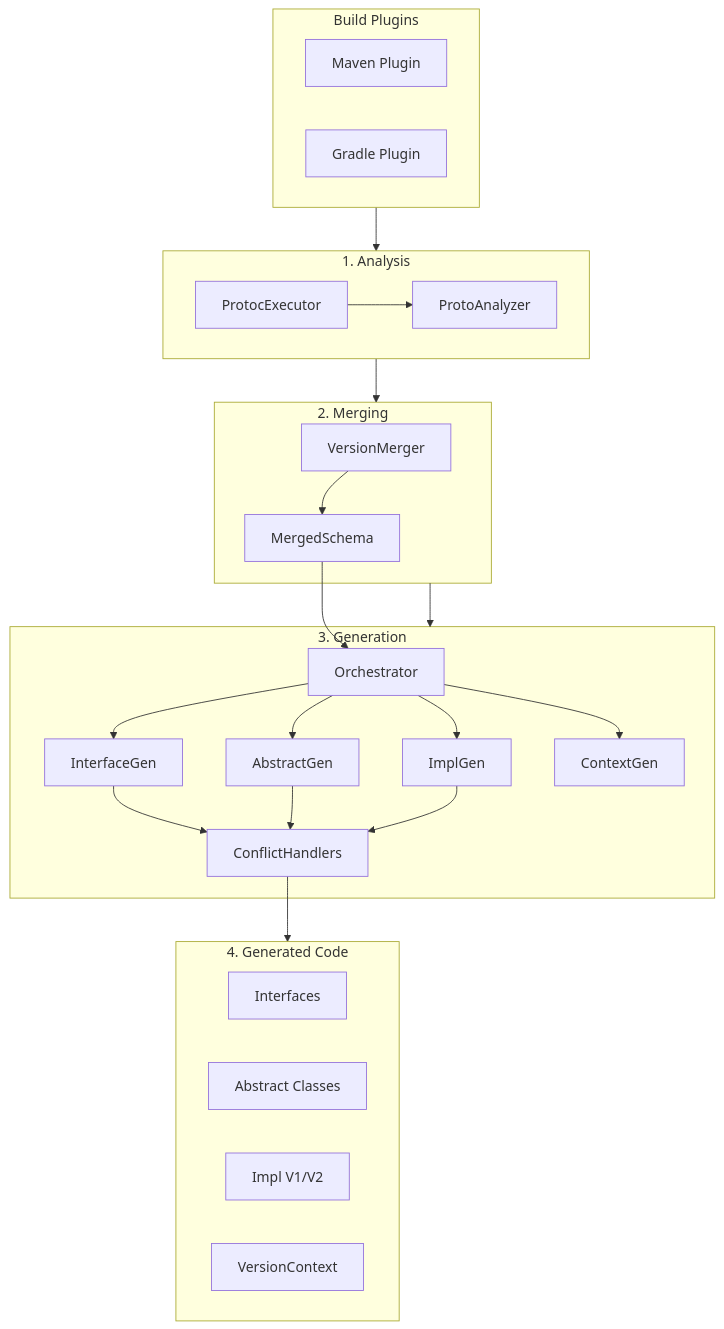
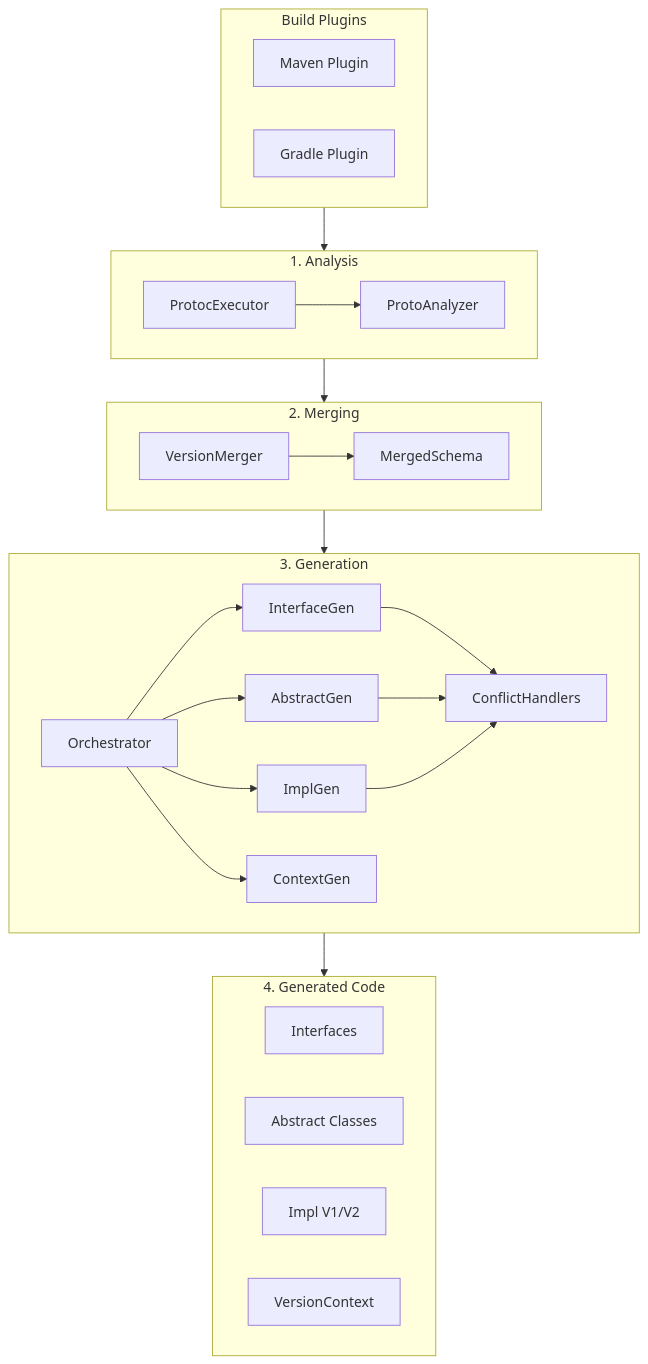
Before and after one commit to alnovis/proto-wrapper-plugin: the seventh of 7 diagrams in docs/ARCHITECTURE.md, drawn with Mermaid. The commit also changed other lines of this file and 8 other files, not shown here.

````diff
--- a/docs/ARCHITECTURE.md
+++ b/docs/ARCHITECTURE.md
@@ -459,44 +493,38 @@
 ```mermaid
 flowchart TB
     subgraph Plugins ["Build Plugins"]
         MP[Maven Plugin]
         GP[Gradle Plugin]
     end
 
     subgraph Analysis ["1. Analysis"]
         PE[ProtocExecutor] --> PA[ProtoAnalyzer]
     end
 
     subgraph Merging ["2. Merging"]
         VM[VersionMerger] --> MS[MergedSchema]
     end
 
     subgraph Generation ["3. Generation"]
         GO[Orchestrator]
+        FPC[ConflictHandlers]
         IG[InterfaceGen]
         AG[AbstractGen]
         ICG[ImplGen]
         VCG[ContextGen]
-        FPC[ConflictHandlers]
+        GO --> IG & AG & ICG & VCG
+        IG & AG & ICG --> FPC
     end
 
     subgraph Output ["4. Generated Code"]
         INT[Interfaces]
         ABS[Abstract Classes]
         IMPL[Impl V1/V2]
         VC[VersionContext]
     end
 
     Plugins --> Analysis
     Analysis --> Merging
     Merging --> Generation
-    MS --> GO
-    GO --> IG
-    GO --> AG
-    GO --> ICG
-    GO --> VCG
-    IG --> FPC
-    AG --> FPC
-    ICG --> FPC
-    FPC --> Output
+    Generation --> Output
 ```
````
